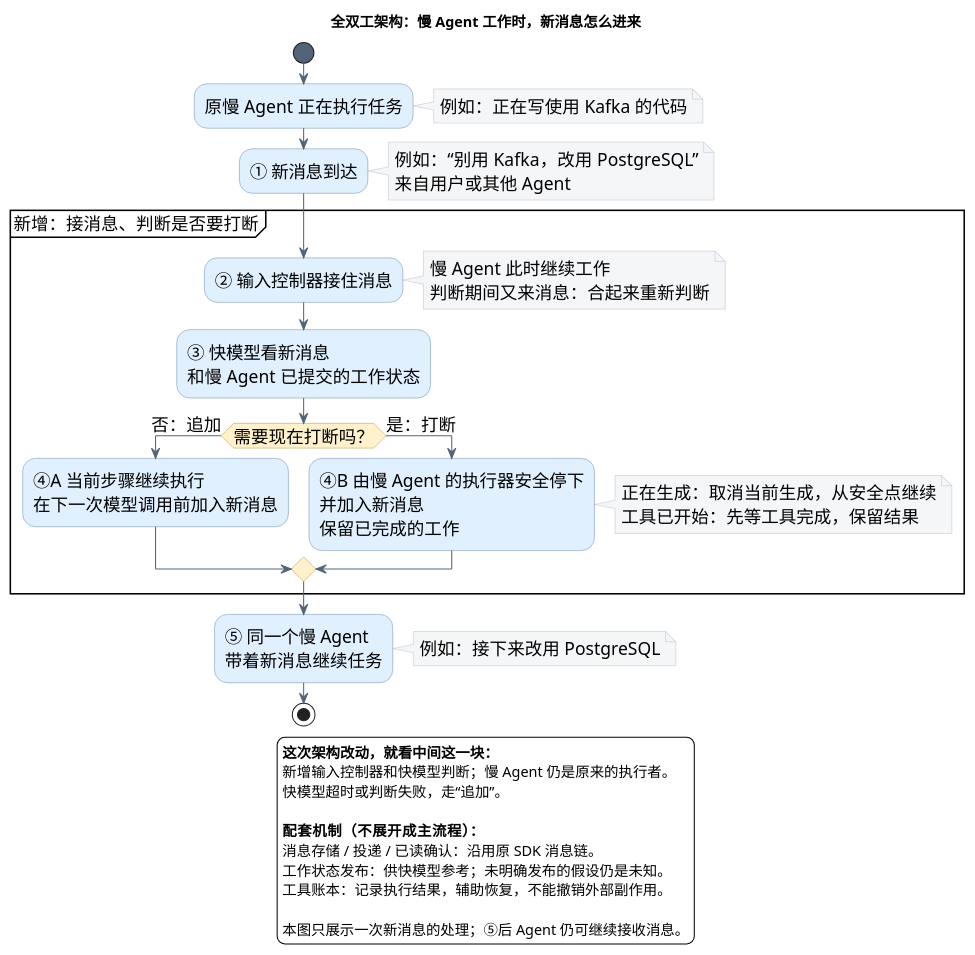
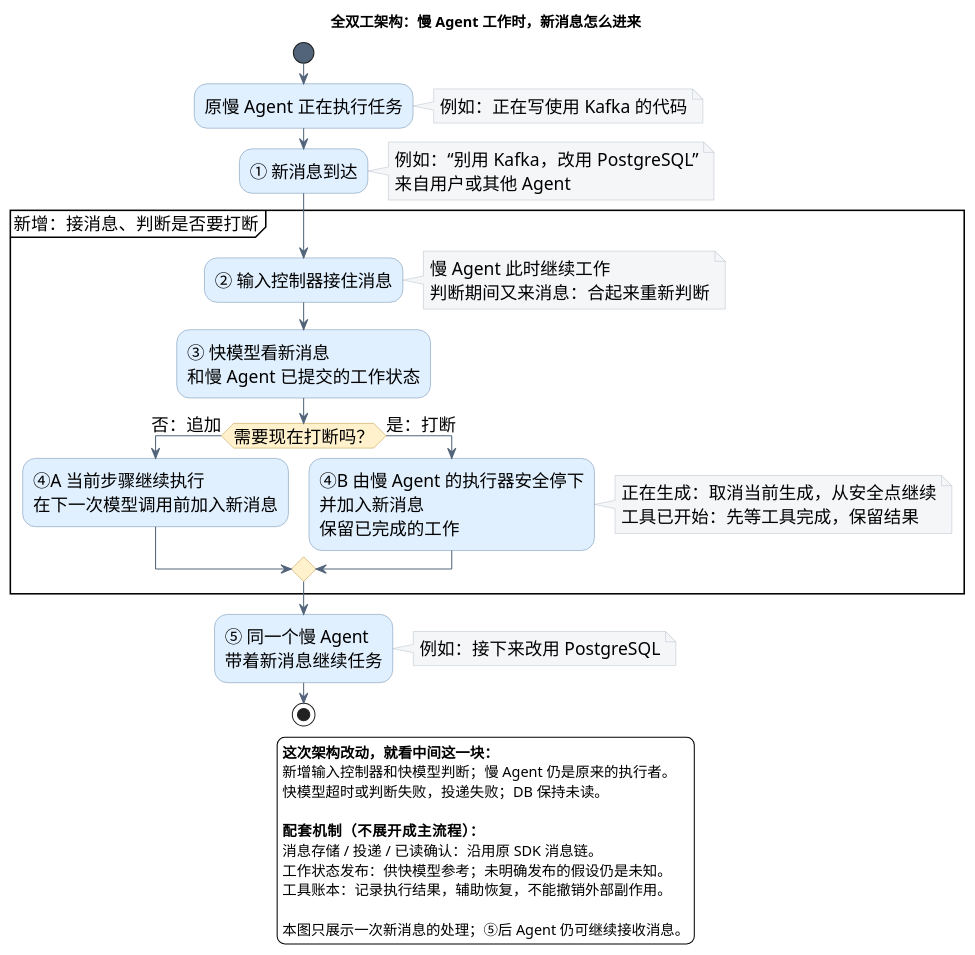
The diagram in docs/diagrams/duplex-architecture.puml (zuiho-kai/jiuwenswarm), drawn with PlantUML before and after one commit. The commit also changed 24 other files, not shown here.

```diff
--- a/docs/diagrams/duplex-architecture.puml
+++ b/docs/diagrams/duplex-architecture.puml
@@ -1,64 +1,64 @@
 @startuml duplex-architecture
 title 全双工架构：慢 Agent 工作时，新消息怎么进来
 skinparam defaultFontName Microsoft YaHei
 skinparam defaultFontSize 17
 skinparam shadowing false
 skinparam backgroundColor #FFFFFF
 skinparam ArrowColor #52647A
 skinparam activityBackgroundColor #E1F0FF
 skinparam activityBorderColor #6A8BAB
 skinparam activityDiamondBackgroundColor #FFF1CC
 skinparam activityDiamondBorderColor #BD963C
 skinparam noteBackgroundColor #F5F6F8
 skinparam noteBorderColor #B8C1CC
 skinparam activity {
   StartColor #52647A
   EndColor #52647A
 }
 
 start
 :原慢 Agent 正在执行任务;
 note right
   例如：正在写使用 Kafka 的代码
 end note
 :① 新消息到达;
 note right
   例如：“别用 Kafka，改用 PostgreSQL”
   来自用户或其他 Agent
 end note
 partition "新增：接消息、判断是否要打断" {
   :② 输入控制器接住消息;
   note right
     慢 Agent 此时继续工作
     判断期间又来消息：合起来重新判断
   end note
   :③ 快模型看新消息\n和慢 Agent 已提交的工作状态;
   if (需要现在打断吗？) then (否：追加)
     :④A 当前步骤继续执行\n在下一次模型调用前加入新消息;
   else (是：打断)
     :④B 由慢 Agent 的执行器安全停下\n并加入新消息\n保留已完成的工作;
     note right
       正在生成：取消当前生成，从安全点继续
       工具已开始：先等工具完成，保留结果
     end note
   endif
 }
 :⑤ 同一个慢 Agent\n带着新消息继续任务;
 note right
   例如：接下来改用 PostgreSQL
 end note
 stop
 
 legend bottom
   **这次架构改动，就看中间这一块：**
   新增输入控制器和快模型判断；慢 Agent 仍是原来的执行者。
-  快模型超时或判断失败，走“追加”。
+  快模型超时或判断失败，投递失败；DB 保持未读。
 
   **配套机制（不展开成主流程）：**
   消息存储 / 投递 / 已读确认：沿用原 SDK 消息链。
   工作状态发布：供快模型参考；未明确发布的假设仍是未知。
   工具账本：记录执行结果，辅助恢复，不能撤销外部副作用。
 
   本图只展示一次新消息的处理；⑤后 Agent 仍可继续接收消息。
 endlegend
 @enduml
```
